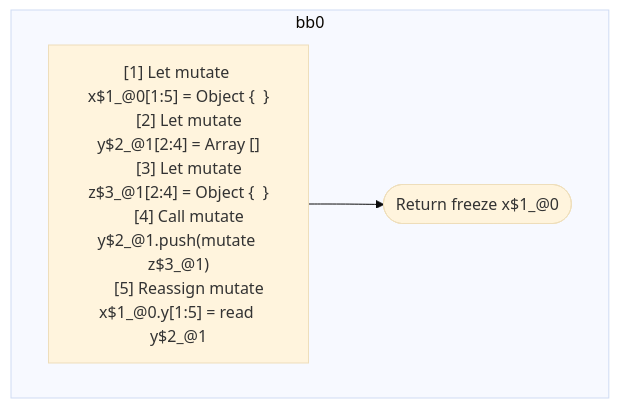
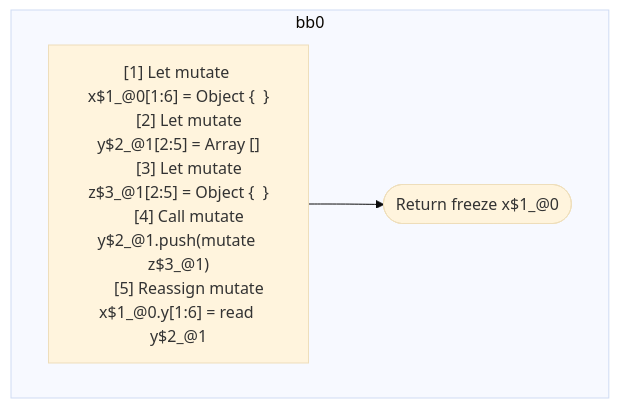
One commit to wutsmog/private changed the diagram in compiler/forget/src/__tests__/fixtures/hir/reactive-scope-grouping.expect.md. Above: the diagram before and after it, drawn with Mermaid (base theme). The commit also changed other lines of this file and 45 other files, not shown here.

````diff
--- a/compiler/forget/src/__tests__/fixtures/hir/reactive-scope-grouping.expect.md
+++ b/compiler/forget/src/__tests__/fixtures/hir/reactive-scope-grouping.expect.md
@@ -31,17 +31,17 @@
 ```mermaid
 flowchart TB
   %% Basic Blocks
   subgraph bb0
     bb0_instrs["
-      [1] Let mutate x$1_@0[1:5] = Object {  }
-      [2] Let mutate y$2_@1[2:4] = Array []
-      [3] Let mutate z$3_@1[2:4] = Object {  }
+      [1] Let mutate x$1_@0[1:6] = Object {  }
+      [2] Let mutate y$2_@1[2:5] = Array []
+      [3] Let mutate z$3_@1[2:5] = Object {  }
       [4] Call mutate y$2_@1.push(mutate z$3_@1)
-      [5] Reassign mutate x$1_@0.y[1:5] = read y$2_@1
+      [5] Reassign mutate x$1_@0.y[1:6] = read y$2_@1
     "]
     bb0_instrs --> bb0_terminal(["Return freeze x$1_@0"])
   end
 
   %% Jumps
   %% empty
 ```
````
